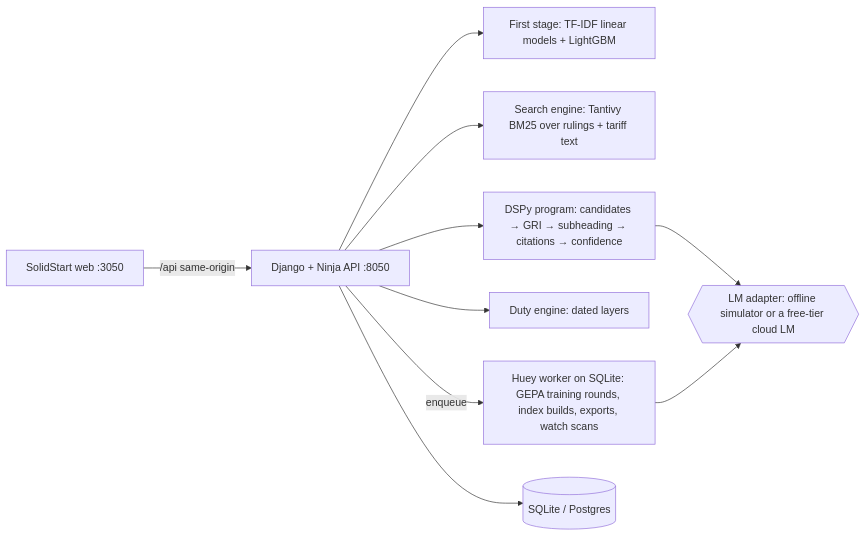
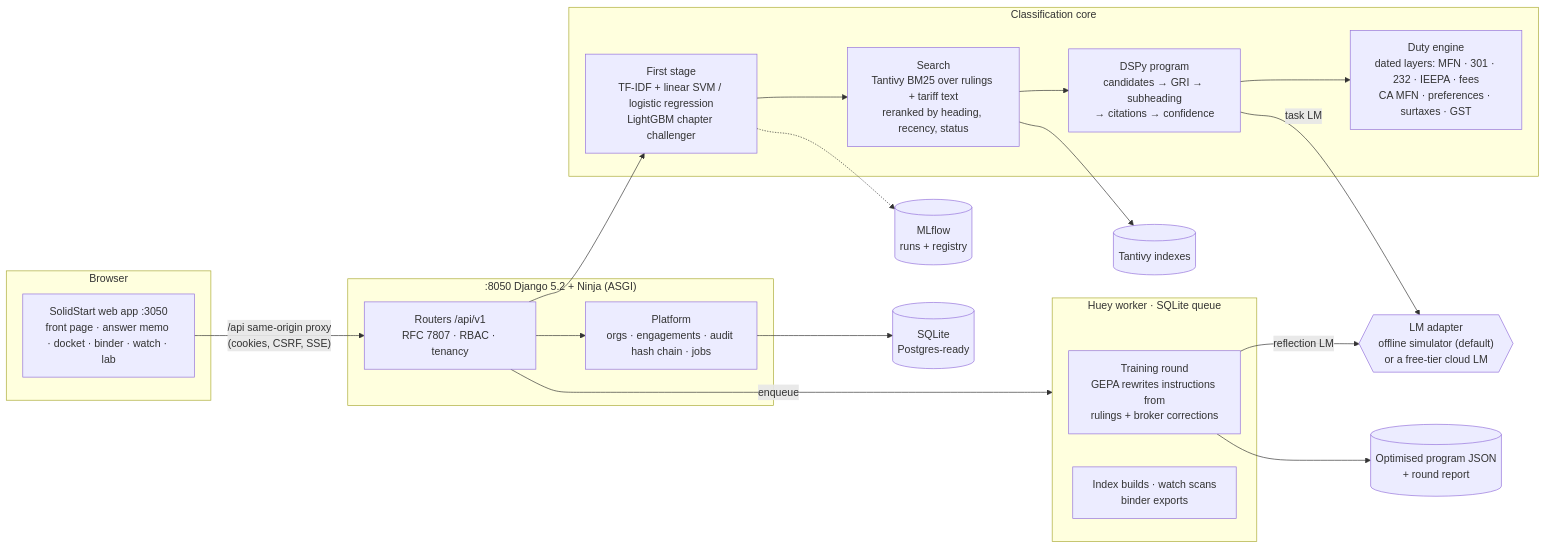
Before and after one commit to moeiz16/Tariff-Compass: the diagram in README.md, drawn with Mermaid. The commit also changed other lines of this file, not shown here.

Commit message:
docs: README for importers and brokers first, with features, how it works, honest accuracy, compliance, data and limitations

````diff
--- a/README.md
+++ b/README.md
@@ -33,12 +137,34 @@
 ```mermaid
 flowchart LR
-  W[SolidStart web :3050] -->|/api same-origin| A[Django + Ninja API :8050]
-  A --> F[First stage: TF-IDF linear models + LightGBM]
-  A --> S[Search engine: Tantivy BM25 over rulings + tariff text]
-  A --> P[DSPy program: candidates → GRI → subheading → citations → confidence]
-  A --> D[Duty engine: dated layers]
-  P --> L{{LM adapter: offline simulator or a free-tier cloud LM}}
-  A -->|enqueue| H[Huey worker on SQLite: GEPA training rounds, index builds, exports, watch scans]
-  H --> L
-  A --> DB[(SQLite / Postgres)]
+  subgraph Browser
+    W["SolidStart web app :3050<br/>front page · answer memo · docket · binder · watch · lab"]
+  end
+  W -- "/api same-origin proxy<br/>(cookies, CSRF, SSE)" --> R
+
+  subgraph API[":8050 Django 5.2 + Ninja (ASGI)"]
+    R["Routers /api/v1<br/>RFC 7807 · RBAC · tenancy"]
+    P["Platform<br/>orgs · engagements · audit hash chain · jobs"]
+    R --> P
+  end
+
+  subgraph Core[Classification core]
+    FS["First stage<br/>TF-IDF + linear SVM / logistic regression<br/>LightGBM chapter challenger"]
+    SE["Search<br/>Tantivy BM25 over rulings + tariff text<br/>reranked by heading, recency, status"]
+    PG["DSPy program<br/>candidates → GRI → subheading<br/>→ citations → confidence"]
+    DE["Duty engine<br/>dated layers: MFN · 301 · 232 · IEEPA · fees<br/>CA MFN · preferences · surtaxes · GST"]
+  end
+  R --> FS --> SE --> PG --> DE
+  PG -- task LM --> LM{{"LM adapter<br/>offline simulator (default)<br/>or a free-tier cloud LM"}}
+
+  subgraph Worker[Huey worker · SQLite queue]
+    OPT["Training round<br/>GEPA rewrites instructions from<br/>rulings + broker corrections"]
+    JOB["Index builds · watch scans<br/>binder exports"]
+  end
+  R -- enqueue --> Worker
+  OPT -- reflection LM --> LM
+  OPT --> ART[("Optimised program JSON<br/>+ round report")]
+  FS -.-> ML[("MLflow<br/>runs + registry")]
+
+  P --> DB[("SQLite<br/>Postgres-ready")]
+  SE --> IX[("Tantivy indexes")]
 ```
````
